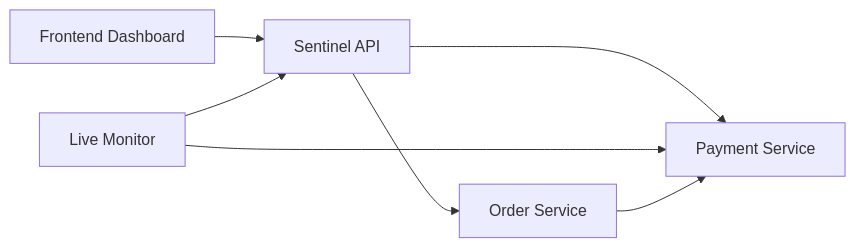
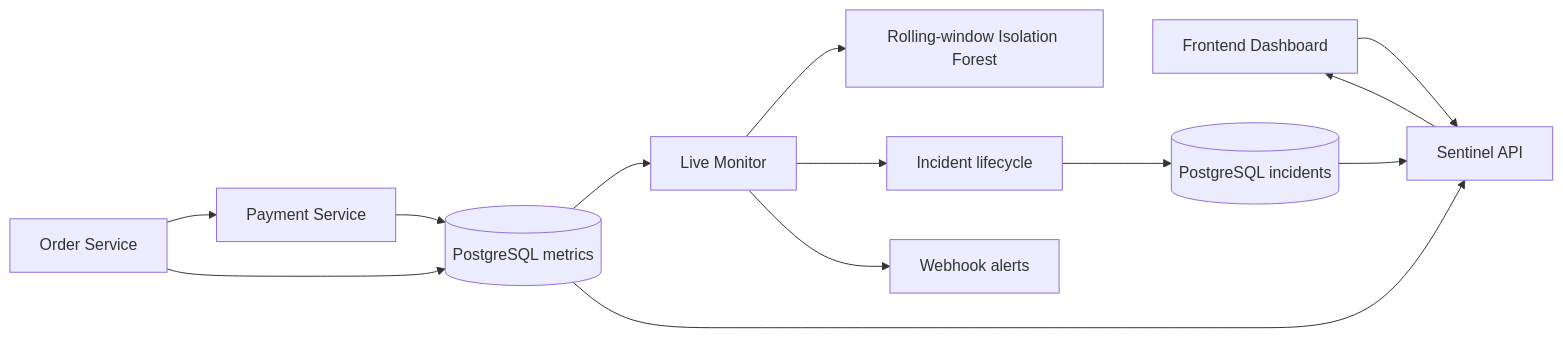
One commit to odedabas123/SentinelAI changed the diagram in README.md. Above: the diagram before and after it, drawn with Mermaid. The commit also changed other lines of this file and 1 other file, not shown here.

Commit message:
Finalize SentinelAI portfolio documentation

````diff
--- a/README.md
+++ b/README.md
@@ -15,9 +15,15 @@
 ```mermaid
 flowchart LR
-    Browser[Frontend Dashboard] --> API[Sentinel API]
-    API --> Order[Order Service]
-    API --> Payment[Payment Service]
-    Monitor[Live Monitor] --> Payment
-    Monitor --> API
-    Order --> Payment
+    Frontend[Frontend Dashboard] --> API[Sentinel API]
+    Order[Order Service] --> Payment[Payment Service]
+    Order --> Metrics[(PostgreSQL metrics)]
+    Payment --> Metrics
+    Metrics --> Monitor[Live Monitor]
+    Monitor --> Detector[Rolling-window Isolation Forest]
+    Monitor --> Lifecycle[Incident lifecycle]
+    Lifecycle --> Incidents[(PostgreSQL incidents)]
+    Monitor --> Alerts[Webhook alerts]
+    Incidents --> API
+    Metrics --> API
+    API --> Frontend
 ```
````
